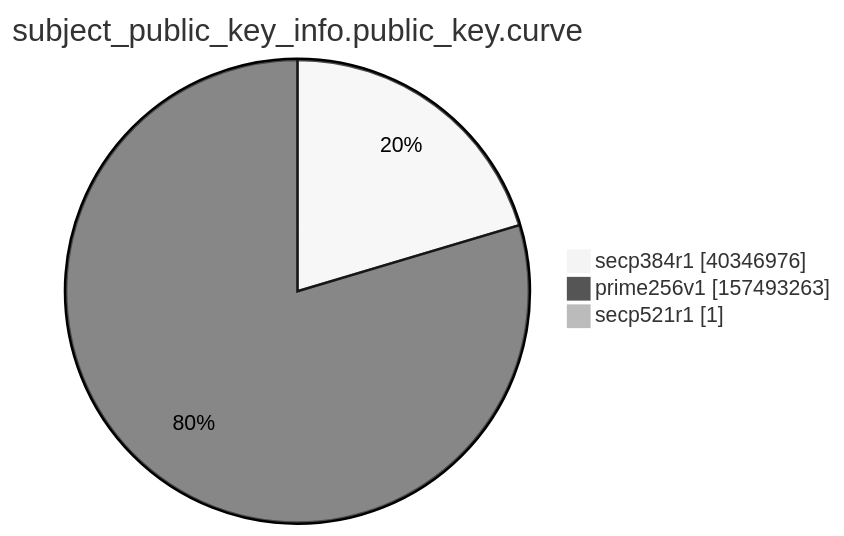
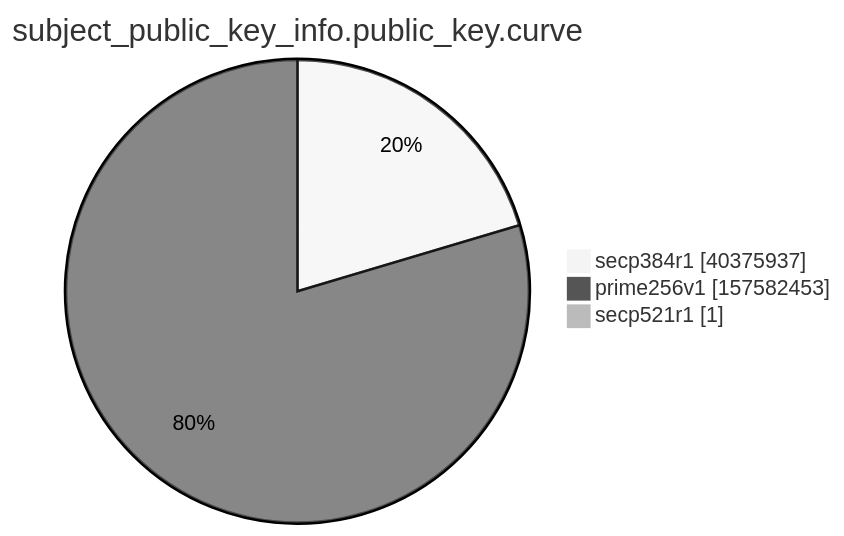
The ninth of 15 diagrams in xenon2022/README.md (christiankrug/ctmonitor_visualization), drawn with Mermaid (neutral theme) before and after one commit. The commit also changed other lines of this file, not shown here.

````diff
--- a/xenon2022/README.md
+++ b/xenon2022/README.md
@@ -2866,7 +2866,7 @@
 ```mermaid
 pie showData
 title subject_public_key_info.public_key.curve
-"secp384r1" :40346976
-"prime256v1" :157493263
+"secp384r1" :40375937
+"prime256v1" :157582453
 "secp521r1" :1
 ```
````
